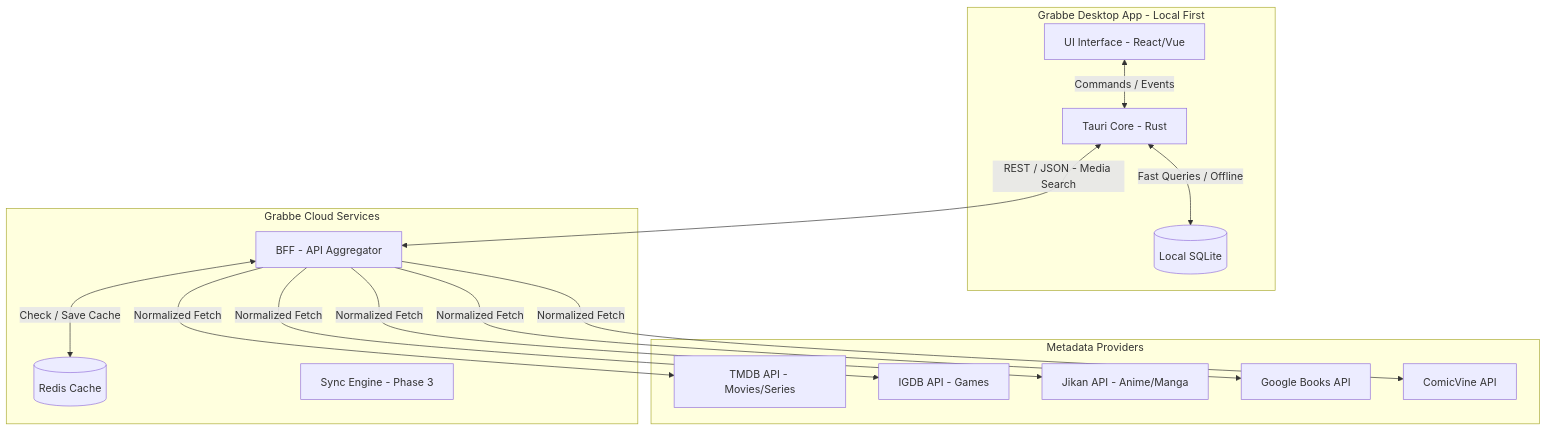
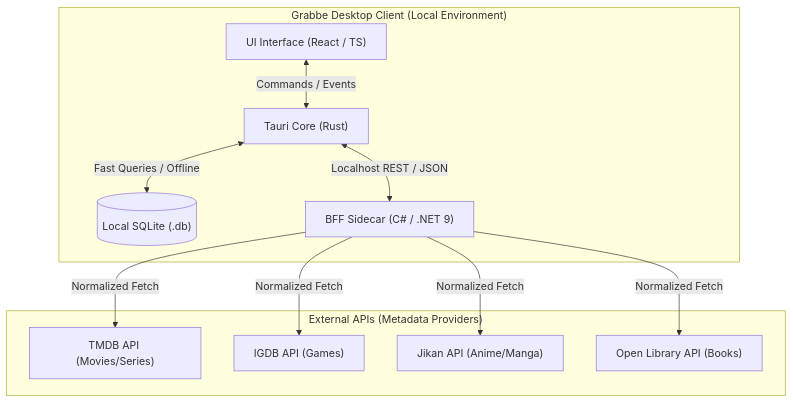
The diagram in ARCHITECTURE_CONTEXT.md (RogerARocha/Grabbe), drawn with Mermaid before and after one commit. The commit also changed other lines of this file and 14 other files, not shown here.

````diff
--- a/ARCHITECTURE_CONTEXT.md
+++ b/ARCHITECTURE_CONTEXT.md
@@ -35,33 +38,25 @@
 ```mermaid
 graph TD
-    subgraph Desktop Client [Grabbe Desktop App - Local First]
-        UI[UI Interface - React/Vue]
-        Core[Tauri Core - Rust]
-        DB[(Local SQLite)]
+    subgraph DesktopClient ["Grabbe Desktop Client (Local Environment)"]
+        UI["UI Interface (React / TS)"]
+        Core["Tauri Core (Rust)"]
+        DB[("Local SQLite (.db)")]
+        BFF["BFF Sidecar (C# / .NET 9)"]
         
         UI <-->|Commands / Events| Core
         Core <-->|Fast Queries / Offline| DB
+        Core <-->|Localhost REST / JSON| BFF
     end
 
-    subgraph Cloud [Grabbe Cloud Services]
-        BFF[BFF - API Aggregator]
-        Redis[(Redis Cache)]
-        Sync[Sync Engine - Phase 3]
+    subgraph ExternalAPIs ["External APIs (Metadata Providers)"]
+        TMDB["TMDB API (Movies/Series)"]
+        IGDB["IGDB API (Games)"]
+        Jikan["Jikan API (Anime/Manga)"]
+        OpenLibrary["Open Library API (Books)"]
     end
 
-    subgraph External APIs [Metadata Providers]
-        TMDB[TMDB API - Movies/Series]
-        IGDB[IGDB API - Games]
-        Jikan[Jikan API - Anime/Manga]
-        GBooks[Google Books API]
-        ComicVine[ComicVine API]
-    end
-
-    Core <-->|REST / JSON - Media Search| BFF
-    BFF <-->|Check / Save Cache| Redis
     BFF -->|Normalized Fetch| TMDB
     BFF -->|Normalized Fetch| IGDB
     BFF -->|Normalized Fetch| Jikan
-    BFF -->|Normalized Fetch| GBooks
-    BFF -->|Normalized Fetch| ComicVine
+    BFF -->|Normalized Fetch| OpenLibrary
 ```
````
